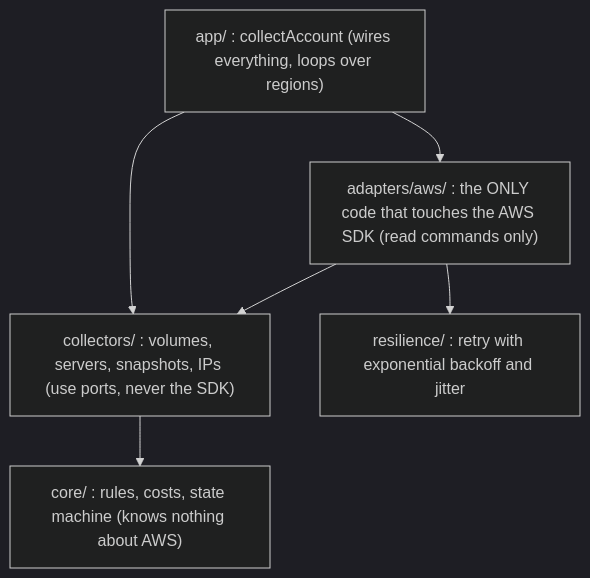
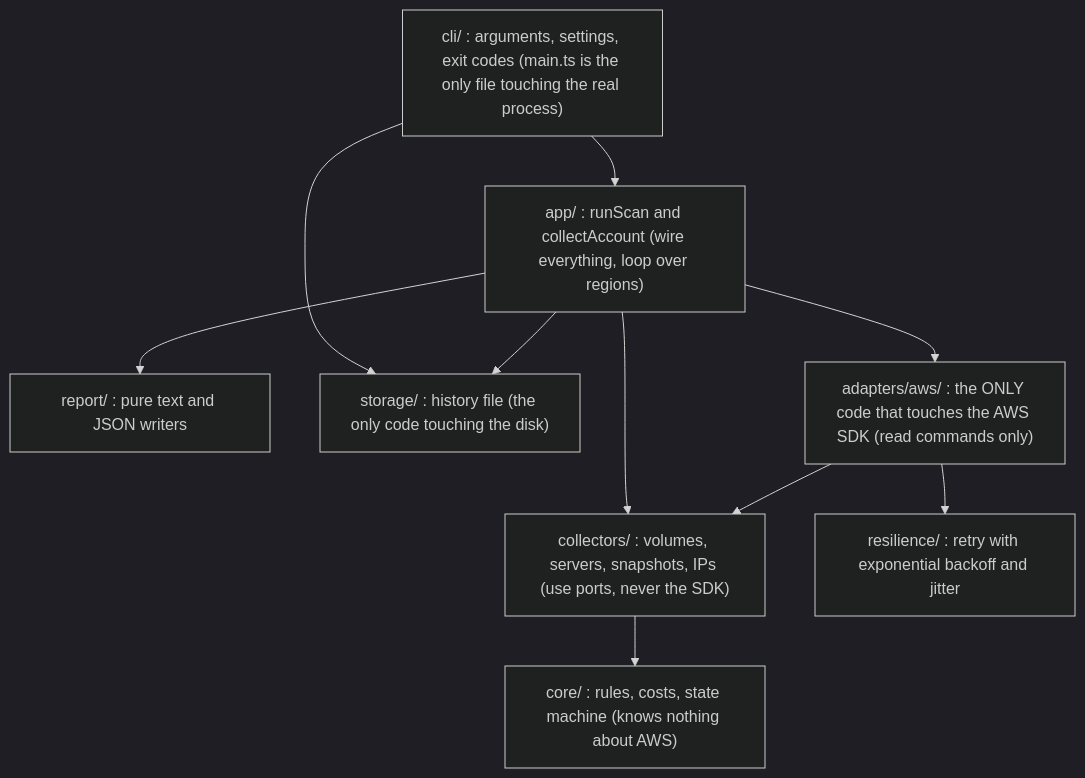
Before and after one commit to TherodGuyyy/Cloud-Waste-Janitor: the second of 2 diagrams in README.md, drawn with Mermaid (dark theme). The commit also changed other lines of this file and 31 other files, not shown here.

Commit message:
Phase 3: command-line report with history file, JSON output and smoke test

````diff
--- a/README.md
+++ b/README.md
@@ -61,13 +63,20 @@
 ```mermaid
 flowchart TD
-    APP["app/ : collectAccount (wires everything, loops over regions)"]
+    CLIM["cli/ : arguments, settings, exit codes (main.ts is the only file touching the real process)"]
+    APP["app/ : runScan and collectAccount (wire everything, loop over regions)"]
+    REP["report/ : pure text and JSON writers"]
+    STO["storage/ : history file (the only code touching the disk)"]
     COL["collectors/ : volumes, servers, snapshots, IPs (use ports, never the SDK)"]
     ADP["adapters/aws/ : the ONLY code that touches the AWS SDK (read commands only)"]
     RES["resilience/ : retry with exponential backoff and jitter"]
     COR["core/ : rules, costs, state machine (knows nothing about AWS)"]
+    CLIM --> APP
+    CLIM --> STO
+    APP --> REP
+    APP --> STO
     APP --> COL
     APP --> ADP
     ADP --> COL
     ADP --> RES
     COL --> COR
 ```
````
